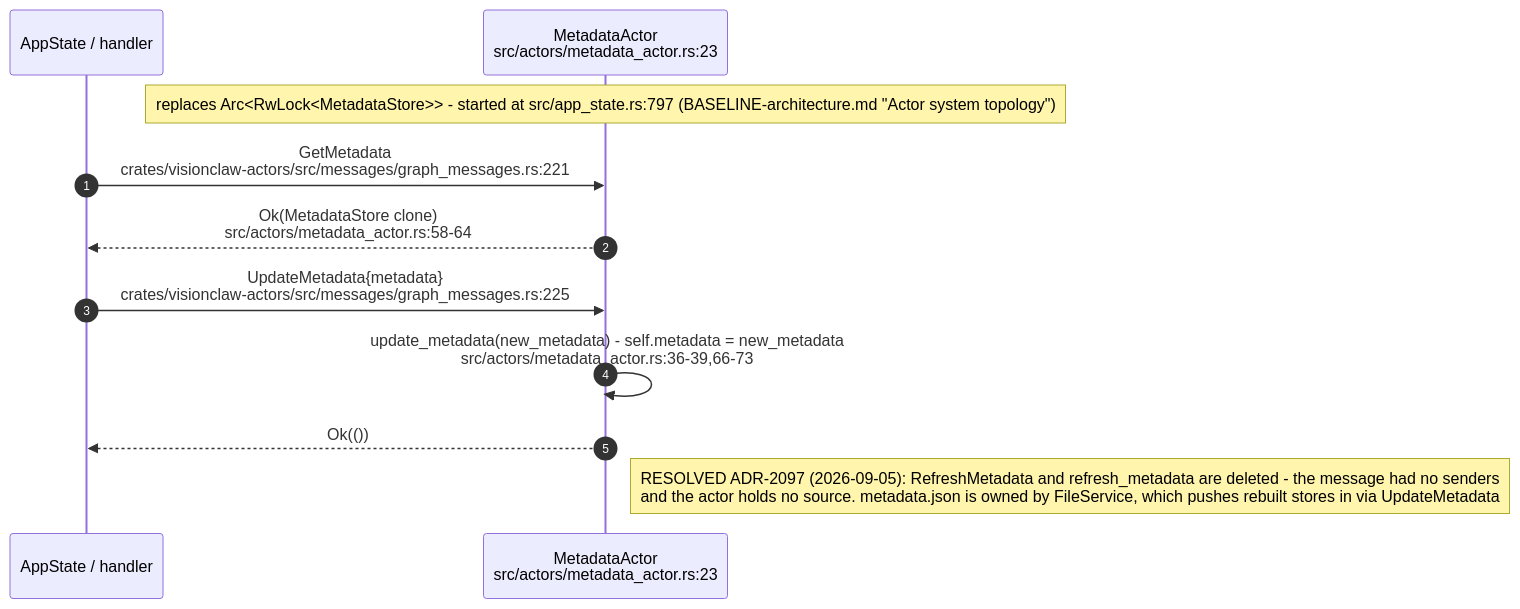
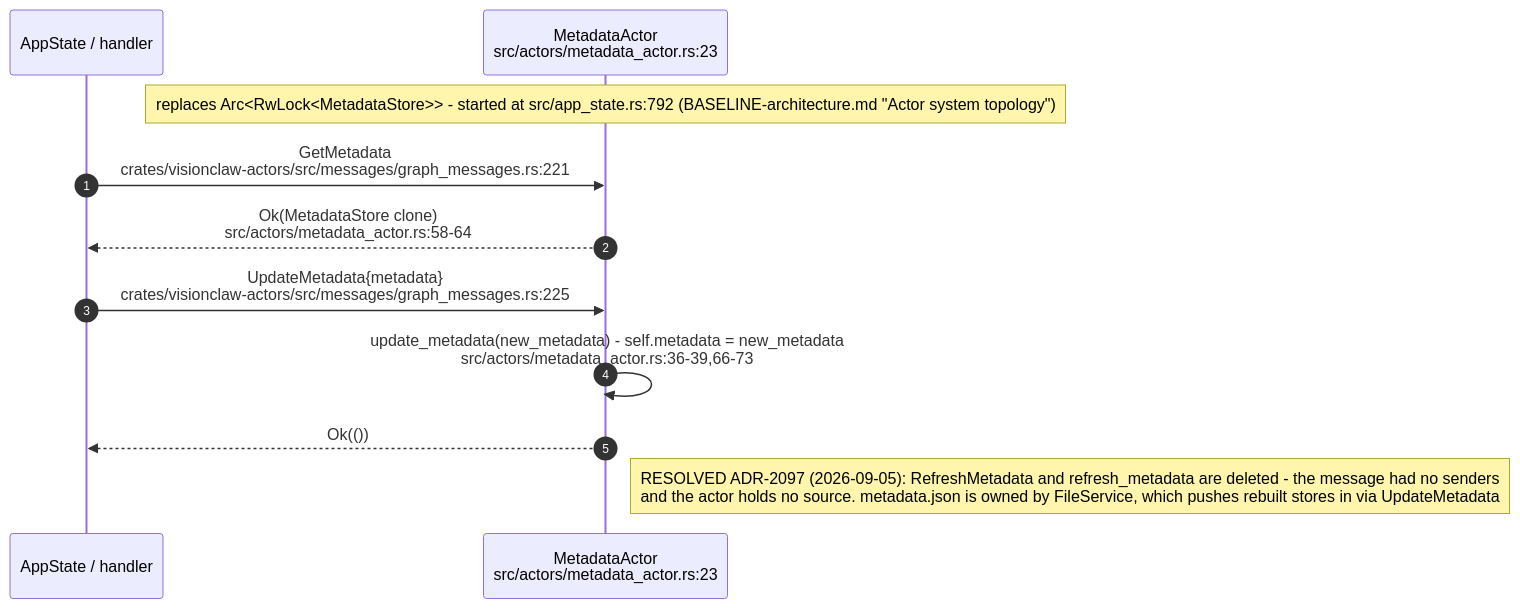
One commit to DreamLab-AI/VisionFlow changed the tenth of 12 diagrams in docs/diagrams/visionclaw/25-insight-kpi-nlq-semantics.md. Above: the diagram before and after it, drawn with Mermaid. The commit also changed other lines of this file and 7 other files, not shown here.

First line of the commit message:
diagrams(visionclaw): re-verify VC-25..28 and VC-30..33 at visionclaw 4900ec60b, agentbox 59b1aca1c

````diff
--- a/docs/diagrams/visionclaw/25-insight-kpi-nlq-semantics.md
+++ b/docs/diagrams/visionclaw/25-insight-kpi-nlq-semantics.md
@@ -437,14 +438,14 @@
 ```mermaid
 sequenceDiagram
     autonumber
     participant Caller as AppState / handler
     participant MA as MetadataActor<br/>src/actors/metadata_actor.rs:23
 
-    Note over MA: replaces Arc<RwLock<MetadataStore>> - started at src/app_state.rs:797 (BASELINE-architecture.md "Actor system topology")
+    Note over MA: replaces Arc<RwLock<MetadataStore>> - started at src/app_state.rs:792 (BASELINE-architecture.md "Actor system topology")
     Caller->>MA: GetMetadata<br/>crates/visionclaw-actors/src/messages/graph_messages.rs:221
     MA-->>Caller: Ok(MetadataStore clone)<br/>src/actors/metadata_actor.rs:58-64
     Caller->>MA: UpdateMetadata{metadata}<br/>crates/visionclaw-actors/src/messages/graph_messages.rs:225
     MA->>MA: update_metadata(new_metadata) - self.metadata = new_metadata<br/>src/actors/metadata_actor.rs:36-39,66-73
     MA-->>Caller: Ok(())
     Note right of MA: RESOLVED ADR-2097 (2026-09-05): RefreshMetadata and refresh_metadata are deleted - the message had no senders<br/>and the actor holds no source. metadata.json is owned by FileService, which pushes rebuilt stores in via UpdateMetadata
 ```
````
